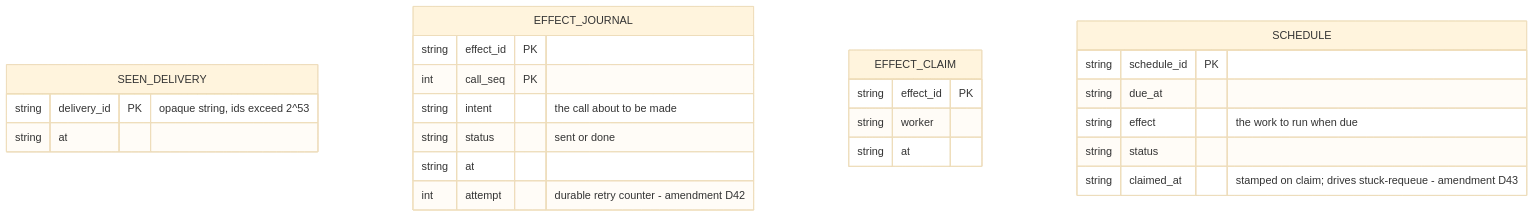
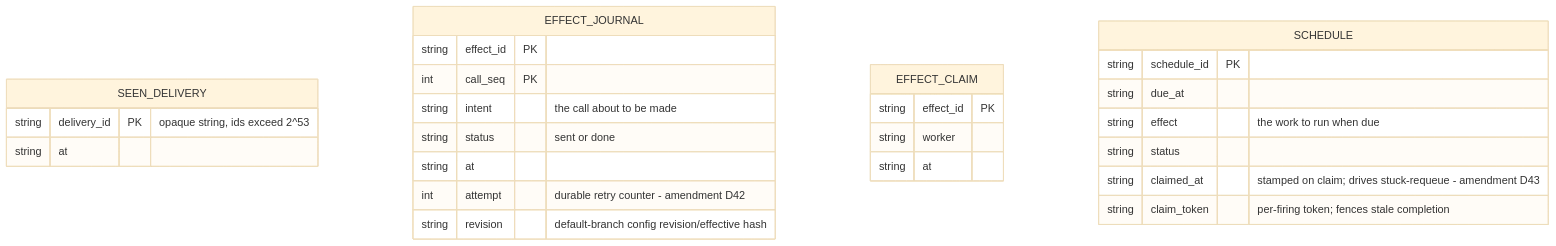
Before and after one commit to cheese-cakee/sdk-automations: the second of 2 diagrams in design/operations/storage-decision.md, drawn with Mermaid (base theme). The commit also changed other lines of this file and 14 other files, not shown here.

````diff
--- a/design/operations/storage-decision.md
+++ b/design/operations/storage-decision.md
@@ -58,27 +58,29 @@
   ```mermaid
   erDiagram
       SEEN_DELIVERY {
           string delivery_id PK "opaque string, ids exceed 2^53"
           string at
       }
       EFFECT_JOURNAL {
           string effect_id PK
           int call_seq PK
           string intent "the call about to be made"
           string status "sent or done"
           string at
           int attempt "durable retry counter - amendment D42"
+          string revision "default-branch config revision/effective hash"
       }
       EFFECT_CLAIM {
           string effect_id PK
           string worker
           string at
       }
       SCHEDULE {
           string schedule_id PK
           string due_at
           string effect "the work to run when due"
           string status
           string claimed_at "stamped on claim; drives stuck-requeue - amendment D43"
+          string claim_token "per-firing token; fences stale completion"
       }
   ```
````
